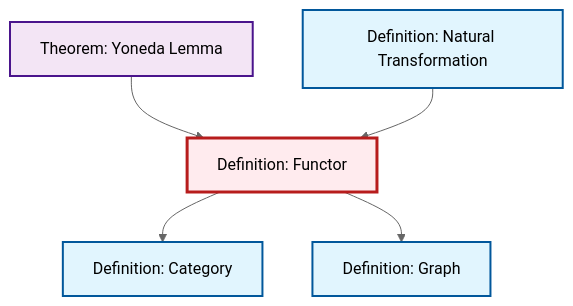
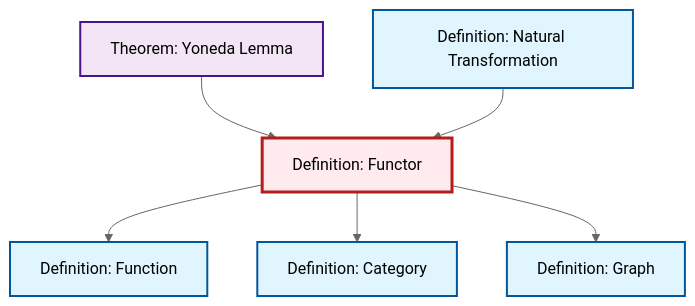
Before and after one commit to RK0429/ModernMath: the diagram in content/en/category-theory/def-functor.qmd, drawn with Mermaid (neutral theme). The commit also changed 554 other files, not shown here.

````diff
--- a/content/en/category-theory/def-functor.qmd
+++ b/content/en/category-theory/def-functor.qmd
@@ -50,23 +50,26 @@
 ```{mermaid}
 %%| fig-cap: "Local dependency graph"
 graph TD
     classDef definition fill:#e1f5fe,stroke:#01579b,stroke-width:2px
     classDef theorem fill:#f3e5f5,stroke:#4a148c,stroke-width:2px
     classDef axiom fill:#fff3e0,stroke:#e65100,stroke-width:2px
     classDef example fill:#e8f5e9,stroke:#1b5e20,stroke-width:2px
     classDef current fill:#ffebee,stroke:#b71c1c,stroke-width:3px
+    def-functor["Definition: Functor"]:::definition
+    def-category["Definition: Category"]:::definition
     def-natural-transformation["Definition: Natural Transformation"]:::definition
-    def-functor["Definition: Functor"]:::definition
     thm-yoneda["Theorem: Yoneda Lemma"]:::theorem
-    def-category["Definition: Category"]:::definition
+    def-function["Definition: Function"]:::definition
     def-graph["Definition: Graph"]:::definition
     thm-yoneda --> def-functor
+    def-functor --> def-function
+    def-natural-transformation --> def-functor
     def-functor --> def-category
-    def-natural-transformation --> def-functor
     def-functor --> def-graph
     class def-functor current
+    click def-category "def-category.html" "Go to Category definition"
     click def-natural-transformation "def-natural-transformation.html" "Go to Natural Transformation definition"
     click thm-yoneda "thm-yoneda.html" "Go to Yoneda Lemma theorem"
-    click def-category "def-category.html" "Go to Category definition"
+    click def-function "def-function.html" "Go to Function definition"
     click def-graph "def-graph.html" "Go to Graph definition"
 ```
````
